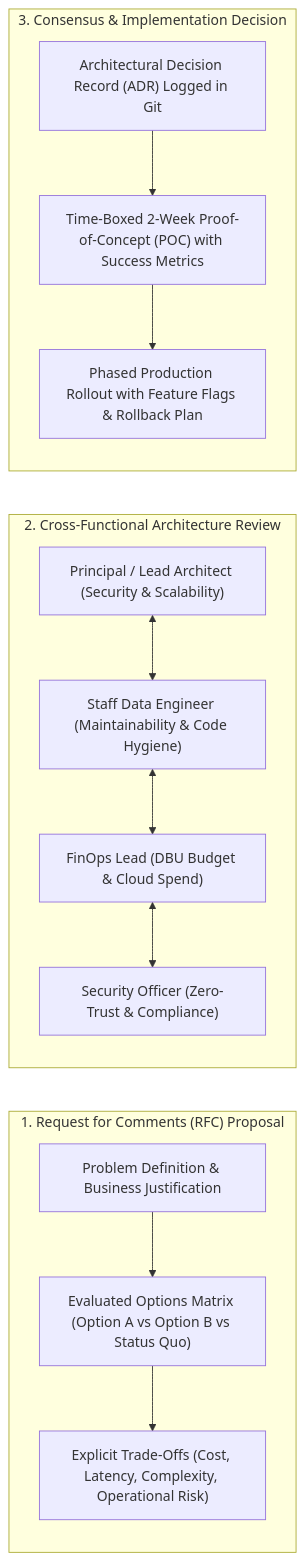
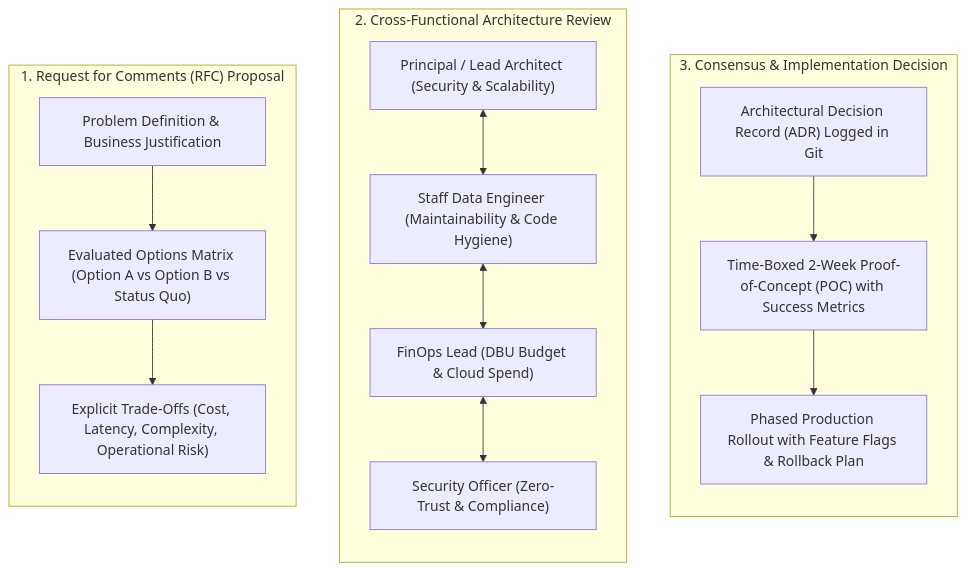
One commit to santoshjammi29/data-system-design-handbook changed diagram 27 of 28 in docs/whiteboard_diagrams/handbook_whiteboard_blueprints.md. Above: the diagram before and after it, drawn with Mermaid. The commit also changed other lines of this file, not shown here.

Commit message:
fix(diagrams): enforce strict sequential rendering and ordering constraints across mermaid diagrams

````diff
--- a/docs/whiteboard_diagrams/handbook_whiteboard_blueprints.md
+++ b/docs/whiteboard_diagrams/handbook_whiteboard_blueprints.md
@@ -1121,24 +1135,26 @@
 ```mermaid
 flowchart LR
     subgraph Panel1 ["1. Request for Comments (RFC) Proposal"]
         ProblemStatement["Problem Definition & Business Justification"]
         ArchOptions["Evaluated Options Matrix (Option A vs Option B vs Status Quo)"]
         TradeOffs["Explicit Trade-Offs (Cost, Latency, Complexity, Operational Risk)"]
         ProblemStatement --> ArchOptions --> TradeOffs
     end
 
     subgraph Panel2 ["2. Cross-Functional Architecture Review"]
         LeadArch["Principal / Lead Architect (Security & Scalability)"]
         StaffDE["Staff Data Engineer (Maintainability & Code Hygiene)"]
         FinOpsLead["FinOps Lead (DBU Budget & Cloud Spend)"]
         SecurityOfficer["Security Officer (Zero-Trust & Compliance)"]
         LeadArch <--> StaffDE <--> FinOpsLead <--> SecurityOfficer
     end
 
     subgraph Panel3 ["3. Consensus & Implementation Decision"]
         ADR["Architectural Decision Record (ADR) Logged in Git"]
         PoC["Time-Boxed 2-Week Proof-of-Concept (POC) with Success Metrics"]
         ProductionRollout["Phased Production Rollout with Feature Flags & Rollback Plan"]
         ADR --> PoC --> ProductionRollout
     end
+
+    Panel1 ~~~ Panel2 ~~~ Panel3
 ```
````
